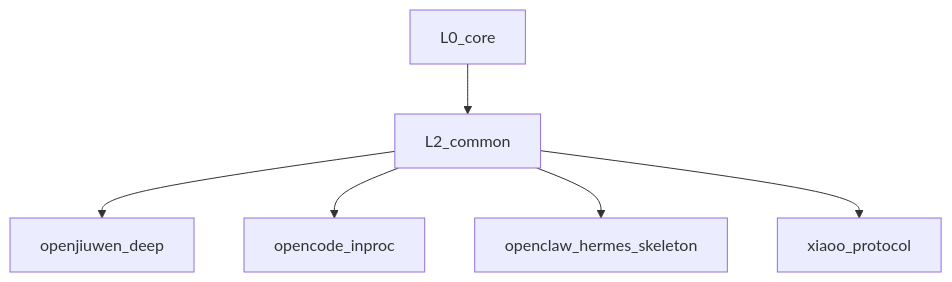
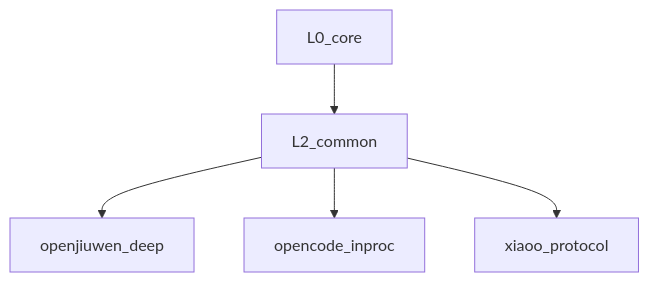
One commit to openeuler-mirror/agent-insight changed the first of 4 diagrams in docs/agent-ras/designs/modules/platform-adapter.md. Above: the diagram before and after it, drawn with Mermaid. The commit also changed other lines of this file and 40 other files, not shown here.

````diff
--- a/docs/agent-ras/designs/modules/platform-adapter.md
+++ b/docs/agent-ras/designs/modules/platform-adapter.md
@@ -11,10 +11,9 @@
 ```mermaid
 flowchart TB
   Core[L0_core]
   Common[L2_common]
   Core --> Common
   Common --> JW[openjiuwen_deep]
   Common --> OC[opencode_inproc]
-  Common --> Sk[openclaw_hermes_skeleton]
   Common --> XO[xiaoo_protocol]
 ```
````
